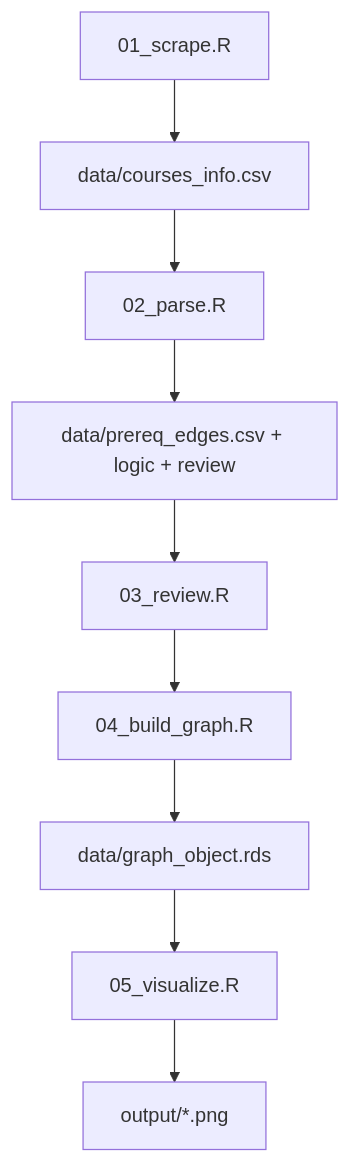
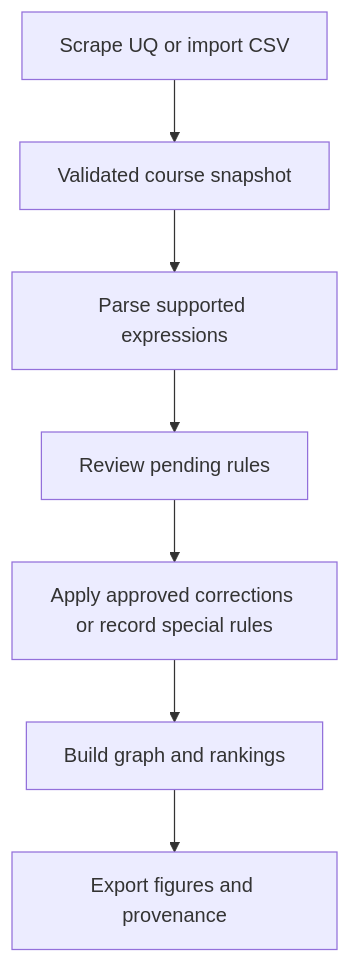
The diagram in docs-site/pages/pipeline/overview.md (PelerYuan/uq-course-graph), drawn with Mermaid before and after one commit. The commit also changed other lines of this file and 135 other files, not shown here.

````diff
--- a/docs-site/pages/pipeline/overview.md
+++ b/docs-site/pages/pipeline/overview.md
@@ -5,11 +5,9 @@
 ```mermaid
 flowchart TB
- S[01_scrape.R] --> C[data/courses_info.csv]
- C --> P[02_parse.R]
- P --> R[data/prereq_edges.csv + logic + review]
- R --> M[03_review.R]
- M --> G[04_build_graph.R]
- G --> O[data/graph_object.rds]
- O --> V[05_visualize.R]
- V --> F[output/*.png]
+ S[Scrape UQ or import CSV] --> C[Validated course snapshot]
+ C --> P[Parse supported expressions]
+ P --> R[Review pending rules]
+ R --> M[Apply approved corrections or record special rules]
+ M --> G[Build graph and rankings]
+ G --> V[Export figures and provenance]
 ```
````
